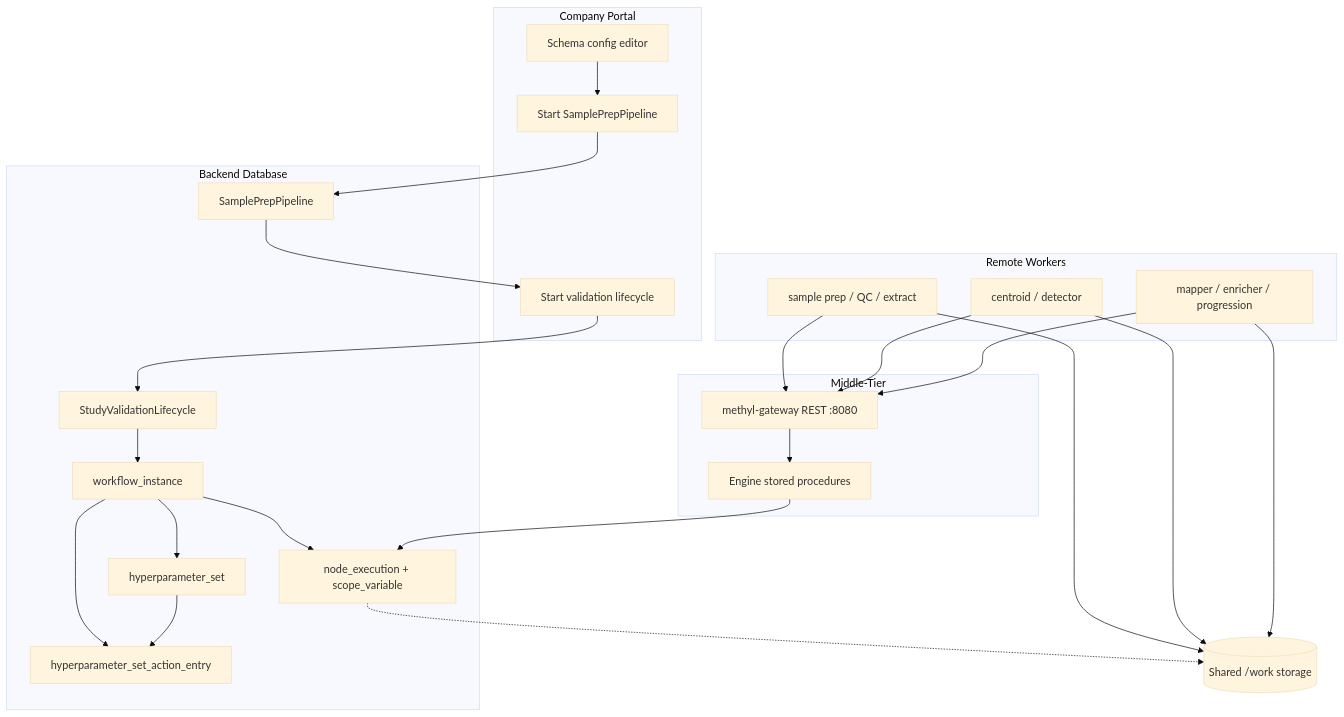
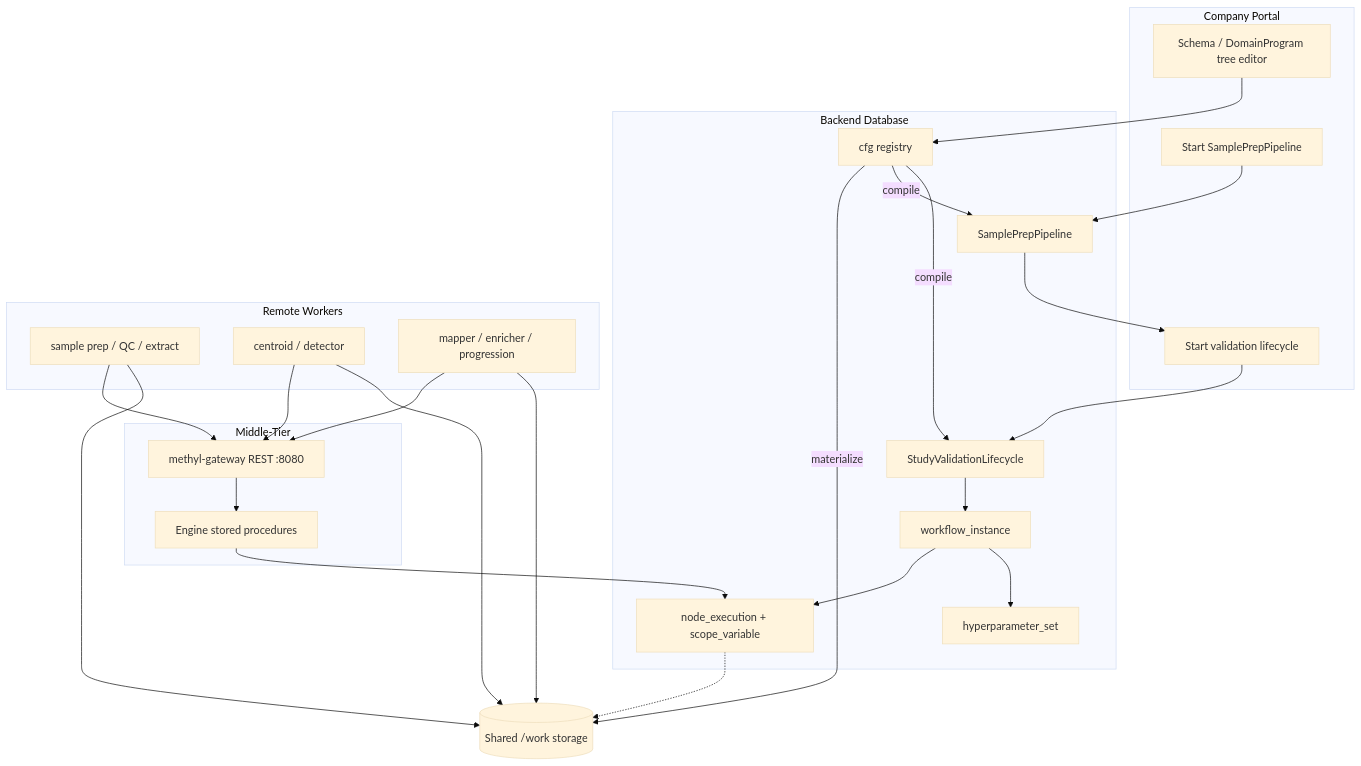
Before and after one commit to Goliath-Research/GoliathWorkflow: the diagram in docs/architecture/distributed-runtime.md, drawn with Mermaid (base theme). The commit also changed other lines of this file and 38 other files, not shown here.

````diff
--- a/docs/architecture/distributed-runtime.md
+++ b/docs/architecture/distributed-runtime.md
@@ -5,36 +5,38 @@
 ```mermaid
 flowchart TB
   subgraph portal ["Company Portal"]
-    editor["Schema config editor"]
+    editor["Schema / DomainProgram tree editor"]
     runPrep["Start SamplePrepPipeline"]
     runDdp["Start validation lifecycle"]
   end
   subgraph database ["Backend Database"]
+    cfgReg["cfg registry"]
     wfPrep["SamplePrepPipeline"]
     wfDef["StudyValidationLifecycle"]
     inst["workflow_instance"]
     hpset["hyperparameter_set"]
-    hpentry["hyperparameter_set_action_entry"]
     nexec["node_execution + scope_variable"]
   end
   subgraph mt ["Middle-Tier"]
     rest["methyl-gateway REST :8080"]
     engine["Engine stored procedures"]
   end
   subgraph workers ["Remote Workers"]
     w0["sample prep / QC / extract"]
     w1["centroid / detector"]
     w3["mapper / enricher / progression"]
   end
   storage[("Shared /work storage")]
 
-  editor --> runPrep --> wfPrep
+  editor --> cfgReg
+  cfgReg -->|"materialize"| storage
+  cfgReg -->|"compile"| wfPrep
+  cfgReg -->|"compile"| wfDef
+  runPrep --> wfPrep
   wfPrep --> runDdp --> wfDef --> inst --> nexec
   inst --> hpset
-  inst --> hpentry
-  hpset --> hpentry
   rest --> engine --> nexec
   w0 & w1 & w3 --> rest
   w0 & w1 & w3 --> storage
   nexec -.-> storage
 ```
````
